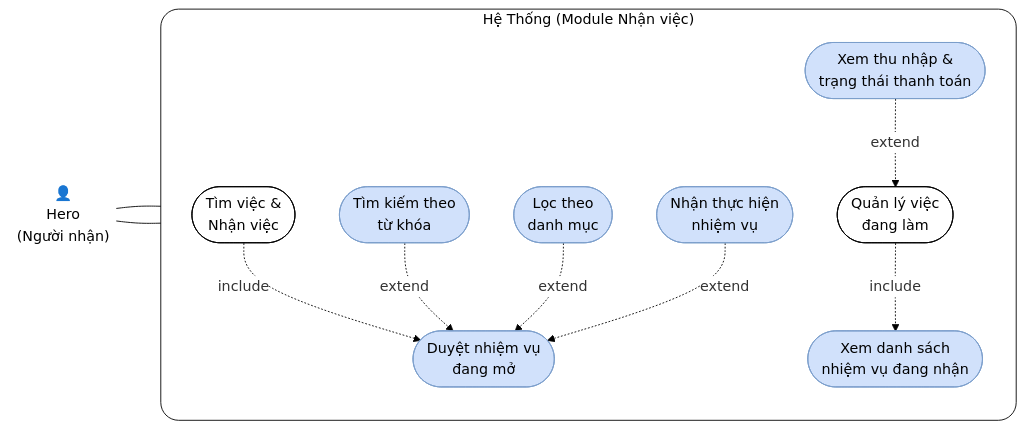
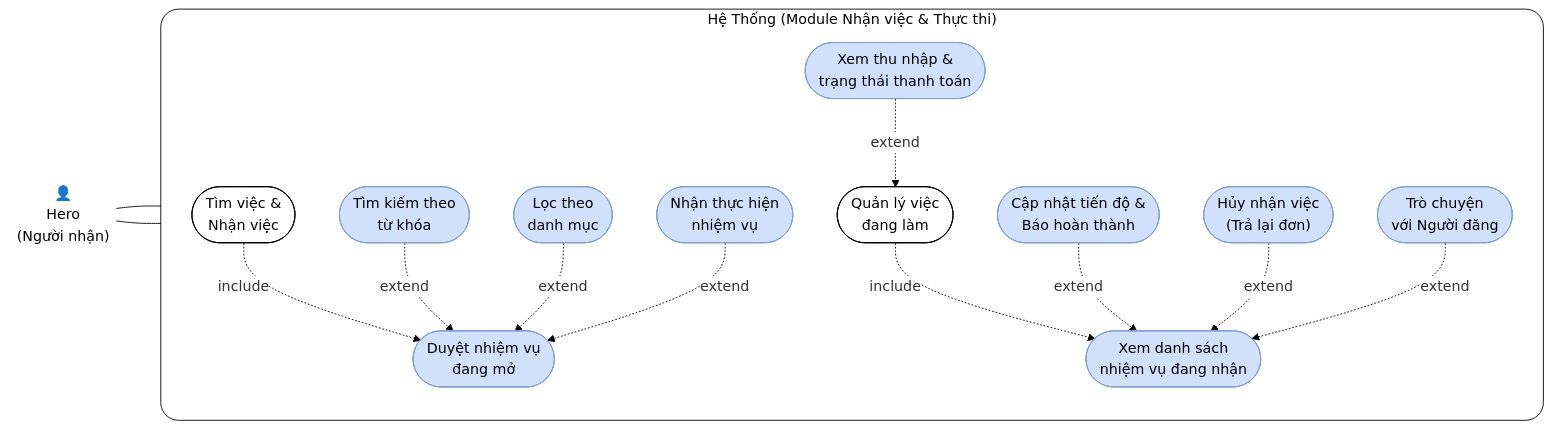
One commit to nguyenhung2k5/Mobile_App changed the fifth of 5 diagrams in Use_Case_Diagrams.md. Above: the diagram before and after it, drawn with Mermaid. The commit also changed other lines of this file and 6 other files, not shown here.

````diff
--- a/Use_Case_Diagrams.md
+++ b/Use_Case_Diagrams.md
@@ -183,36 +189,42 @@
 ```mermaid
 %%{init: {'theme':'base', 'themeVariables': {'primaryColor':'#ffffff', 'primaryBorderColor':'#000000', 'lineColor':'#000000'}}}%%
 flowchart LR
     Hero(("👤<br/>Hero<br/>(Người nhận)")):::actor
     
-    subgraph Sys4 ["Hệ Thống (Module Nhận việc)"]
+    subgraph Sys4 ["Hệ Thống (Module Nhận việc & Thực thi)"]
         direction TB
         
         UC10(["Tìm việc &<br/>Nhận việc"]):::mainUC
         UC11(["Quản lý việc<br/>đang làm"]):::mainUC
         
         UC_10_1(["Duyệt nhiệm vụ<br/>đang mở"]):::subUC
         UC_10_2(["Tìm kiếm theo<br/>từ khóa"]):::subUC
         UC_10_3(["Lọc theo<br/>danh mục"]):::subUC
         UC_10_4(["Nhận thực hiện<br/>nhiệm vụ"]):::subUC
         
         UC_11_1(["Xem danh sách<br/>nhiệm vụ đang nhận"]):::subUC
         UC_11_2(["Xem thu nhập &<br/>trạng thái thanh toán"]):::subUC
+        UC_11_3(["Cập nhật tiến độ &<br/>Báo hoàn thành"]):::subUC
+        UC_11_4(["Hủy nhận việc<br/>(Trả lại đơn)"]):::subUC
+        UC_11_5(["Trò chuyện<br/>với Người đăng"]):::subUC
         
         UC10 -. "include" .-> UC_10_1
         UC_10_2 -. "extend" .-> UC_10_1
         UC_10_3 -. "extend" .-> UC_10_1
         UC_10_4 -. "extend" .-> UC_10_1
         
         UC11 -. "include" .-> UC_11_1
         UC_11_2 -. "extend" .-> UC11
+        UC_11_3 -. "extend" .-> UC_11_1
+        UC_11_4 -. "extend" .-> UC_11_1
+        UC_11_5 -. "extend" .-> UC_11_1
     end
     
     Hero --- UC10
     Hero --- UC11
     
     classDef actor fill:transparent,stroke:none,color:#000000;
     classDef mainUC fill:#ffffff,stroke:#000000,stroke-width:1px,color:#000000;
     classDef subUC fill:#d1e1fb,stroke:#7b9ecc,stroke-width:1px,color:#000000;
     style Sys4 fill:transparent,stroke:#000000,stroke-width:1px,rx:20,ry:20
 ```
````
